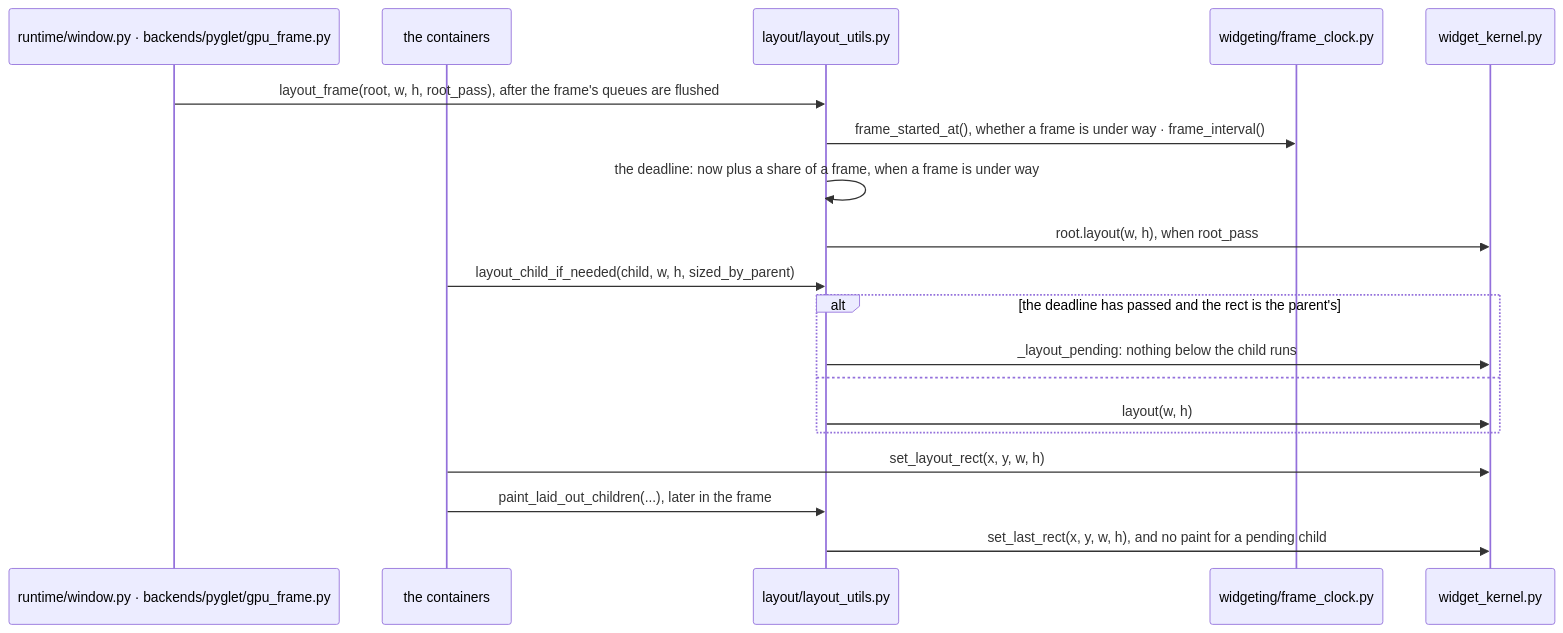
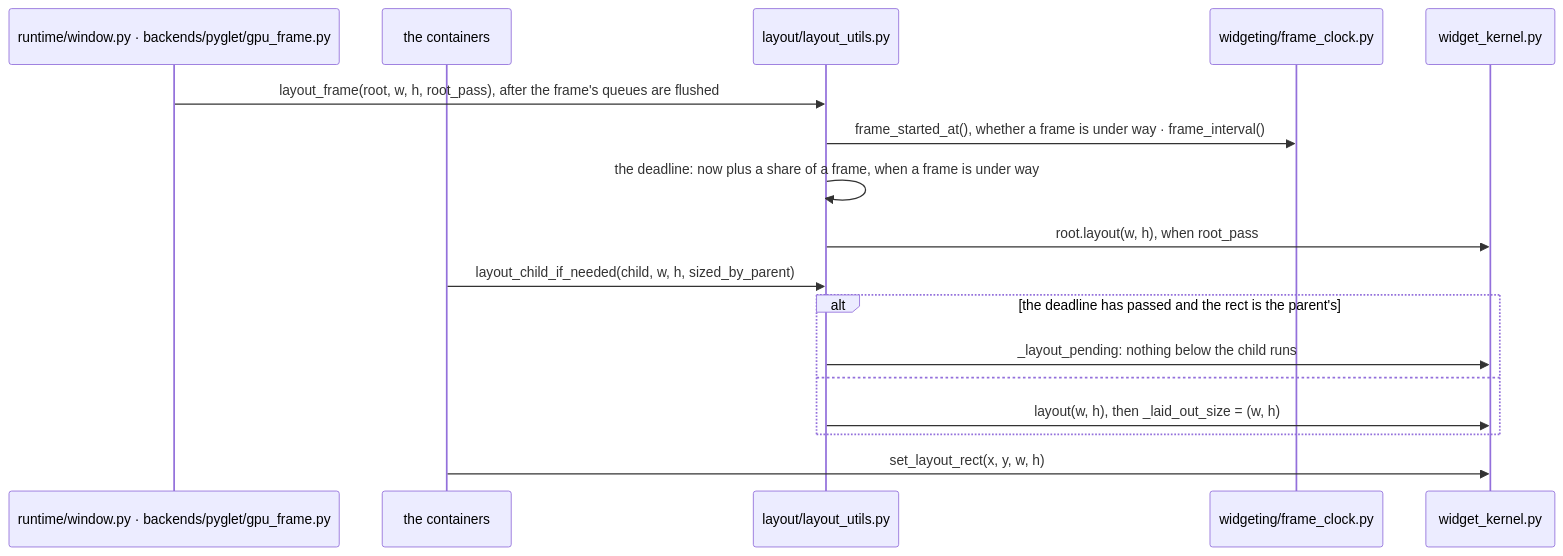
One commit to yuksblog/nuiitivet changed the ninth of 11 diagrams in docs/design/RENDERING_PIPELINE.md. Above: the diagram before and after it, drawn with Mermaid. The commit also changed other lines of this file and 10 other files, not shown here.

````diff
--- a/docs/design/RENDERING_PIPELINE.md
+++ b/docs/design/RENDERING_PIPELINE.md
@@ -321,22 +322,20 @@
 ```mermaid
 sequenceDiagram
     participant W as runtime/window.py · backends/pyglet/gpu_frame.py
     participant C as the containers
     participant U as layout/layout_utils.py
     participant F as widgeting/frame_clock.py
     participant K as widget_kernel.py
 
     W->>U: layout_frame(root, w, h, root_pass), after the frame's queues are flushed
     U->>F: frame_started_at(), whether a frame is under way · frame_interval()
     U->>U: the deadline: now plus a share of a frame, when a frame is under way
     U->>K: root.layout(w, h), when root_pass
     C->>U: layout_child_if_needed(child, w, h, sized_by_parent)
     alt the deadline has passed and the rect is the parent's
         U->>K: _layout_pending: nothing below the child runs
     else
-        U->>K: layout(w, h)
+        U->>K: layout(w, h), then _laid_out_size = (w, h)
     end
     C->>K: set_layout_rect(x, y, w, h)
-    C->>U: paint_laid_out_children(...), later in the frame
-    U->>K: set_last_rect(x, y, w, h), and no paint for a pending child
 ```
````
